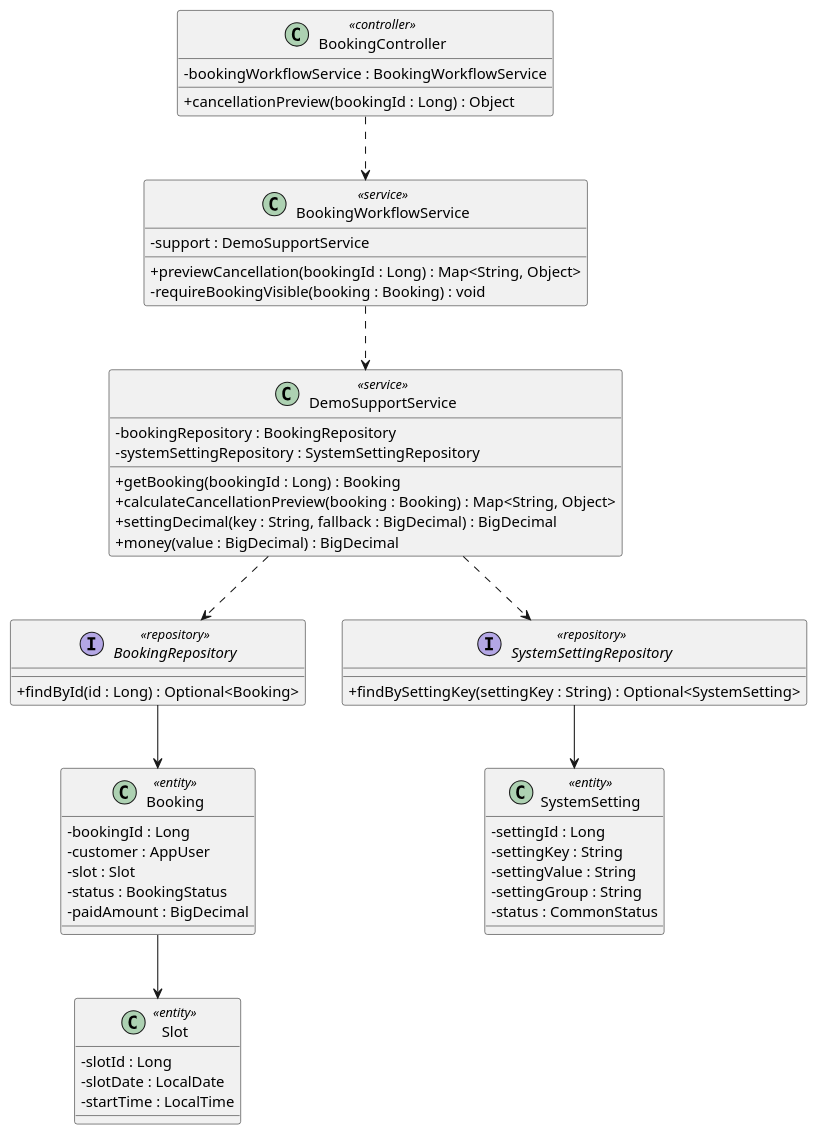
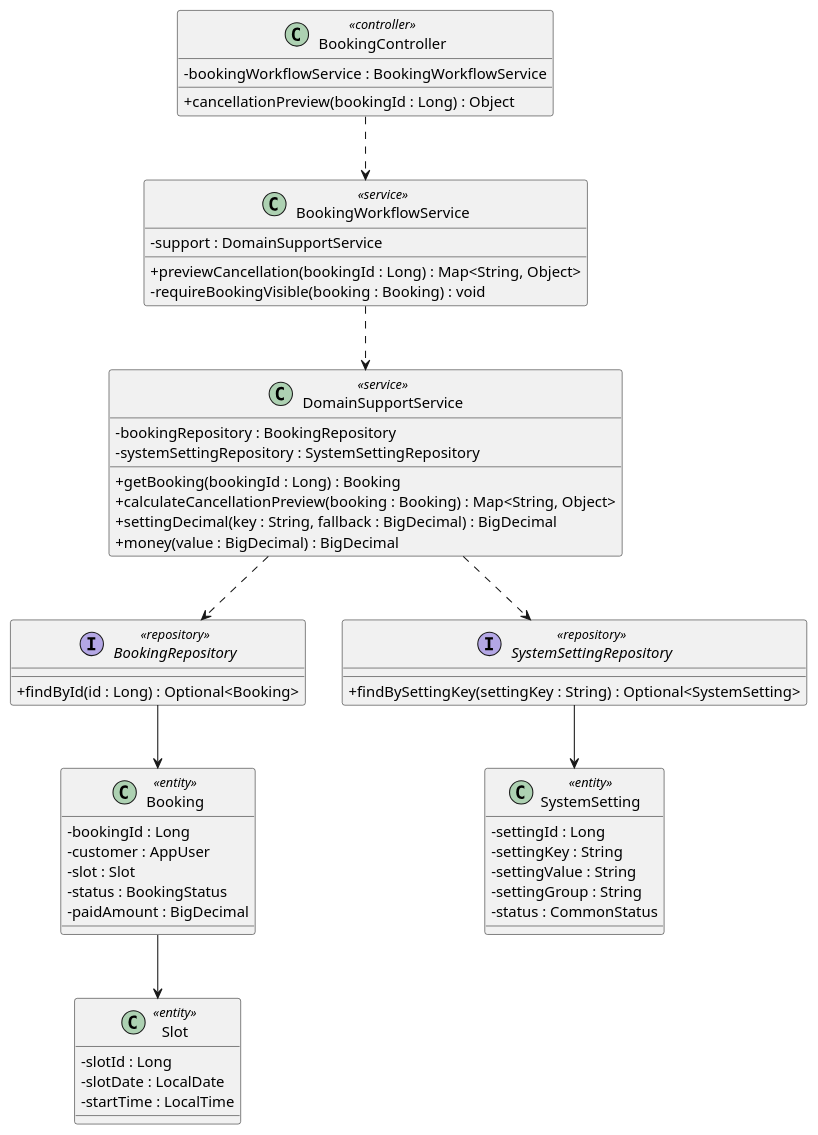
One commit to maxwell1904/SWP391_G3 changed the diagram in docs/Class Diagram/preview-cancellation-fee-refund.puml. Above: the diagram before and after it, drawn with PlantUML. The commit also changed 120 other files, not shown here.

```diff
--- a/docs/Class Diagram/preview-cancellation-fee-refund.puml
+++ b/docs/Class Diagram/preview-cancellation-fee-refund.puml
@@ -1,67 +1,67 @@
 @startuml
 
 skinparam classAttributeIconSize 0
 skinparam linetype polyline
 
 class BookingController <<controller>> {
     -bookingWorkflowService : BookingWorkflowService
 
     +cancellationPreview(bookingId : Long) : Object
 }
 
 class BookingWorkflowService <<service>> {
-    -support : DemoSupportService
+    -support : DomainSupportService
 
     +previewCancellation(bookingId : Long) : Map<String, Object>
     -requireBookingVisible(booking : Booking) : void
 }
 
-class DemoSupportService <<service>> {
+class DomainSupportService <<service>> {
     -bookingRepository : BookingRepository
     -systemSettingRepository : SystemSettingRepository
 
     +getBooking(bookingId : Long) : Booking
     +calculateCancellationPreview(booking : Booking) : Map<String, Object>
     +settingDecimal(key : String, fallback : BigDecimal) : BigDecimal
     +money(value : BigDecimal) : BigDecimal
 }
 
 interface BookingRepository <<repository>> {
     +findById(id : Long) : Optional<Booking>
 }
 
 interface SystemSettingRepository <<repository>> {
     +findBySettingKey(settingKey : String) : Optional<SystemSetting>
 }
 
 class Booking <<entity>> {
     -bookingId : Long
     -customer : AppUser
     -slot : Slot
     -status : BookingStatus
     -paidAmount : BigDecimal
 }
 
 class Slot <<entity>> {
     -slotId : Long
     -slotDate : LocalDate
     -startTime : LocalTime
 }
 
 class SystemSetting <<entity>> {
     -settingId : Long
     -settingKey : String
     -settingValue : String
     -settingGroup : String
     -status : CommonStatus
 }
 
 BookingController ..> BookingWorkflowService
-BookingWorkflowService ..> DemoSupportService
-DemoSupportService ..> BookingRepository
-DemoSupportService ..> SystemSettingRepository
+BookingWorkflowService ..> DomainSupportService
+DomainSupportService ..> BookingRepository
+DomainSupportService ..> SystemSettingRepository
 BookingRepository --> Booking
 SystemSettingRepository --> SystemSetting
 Booking --> Slot
 
 @enduml
```
